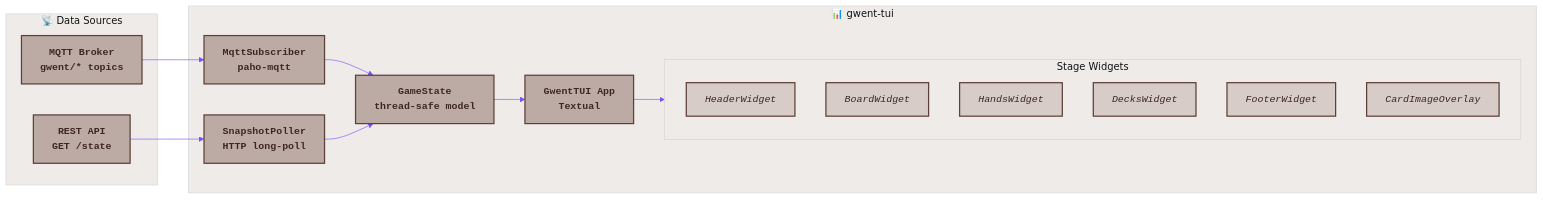
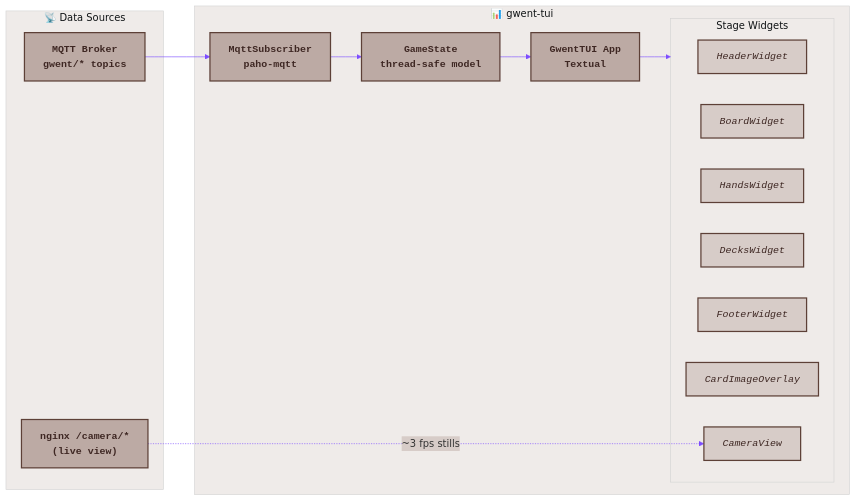
The fifth of 7 diagrams in design/GwentArchitecture.md (declanshanaghy/gwent), drawn with Mermaid before and after one commit. The commit also changed other lines of this file and 30 other files, not shown here.

````diff
--- a/design/GwentArchitecture.md
+++ b/design/GwentArchitecture.md
@@ -258,50 +378,49 @@
 ```mermaid
 %%{init: {
   'theme': 'base',
   'themeVariables': {
     'primaryColor': '#6d1a36',
     'primaryTextColor': '#333',
     'primaryBorderColor': '#7C4DFF',
     'lineColor': '#7C4DFF',
     'secondaryColor': '#D7CCC8',
     'tertiaryColor': '#EFEBE9',
     'fontFamily': 'Courier New',
     'fontSize': '16px'
   }
 }}%%
 
 flowchart LR
     subgraph sources["📡 Data Sources"]
         mqtt["MQTT Broker\ngwent/* topics"]
-        rest["REST API\nGET /state"]
+        camhttp["nginx /camera/*\n(live view)"]
     end
 
     subgraph tui_app["📊 gwent-tui"]
         subscriber["MqttSubscriber\npaho-mqtt"]
-        poller["SnapshotPoller\nHTTP long-poll"]
         state["GameState\nthread-safe model"]
         app["GwentTUI App\nTextual"]
 
         subgraph widgets["Stage Widgets"]
             hdr["HeaderWidget"]
             board["BoardWidget"]
             hands["HandsWidget"]
             decks["DecksWidget"]
             footer["FooterWidget"]
             overlay["CardImageOverlay"]
+            camview["CameraView"]
         end
     end
 
     mqtt --> subscriber
-    rest --> poller
     subscriber --> state
-    poller --> state
     state --> app
     app --> widgets
+    camhttp -.->|"~3 fps stills"| camview
 
     classDef software fill:#BCAAA4,stroke:#5D4037,stroke-width:2px,color:#3E2723,font-family:'Courier New',font-weight:bold
     classDef data fill:#D7CCC8,stroke:#5D4037,stroke-width:2px,color:#3E2723,font-family:'Courier New',font-style:italic
 
-    class mqtt,rest,subscriber,poller,state,app software
-    class hdr,board,hands,decks,footer,overlay data
+    class mqtt,camhttp,subscriber,state,app software
+    class hdr,board,hands,decks,footer,overlay,camview data
 ```
````
